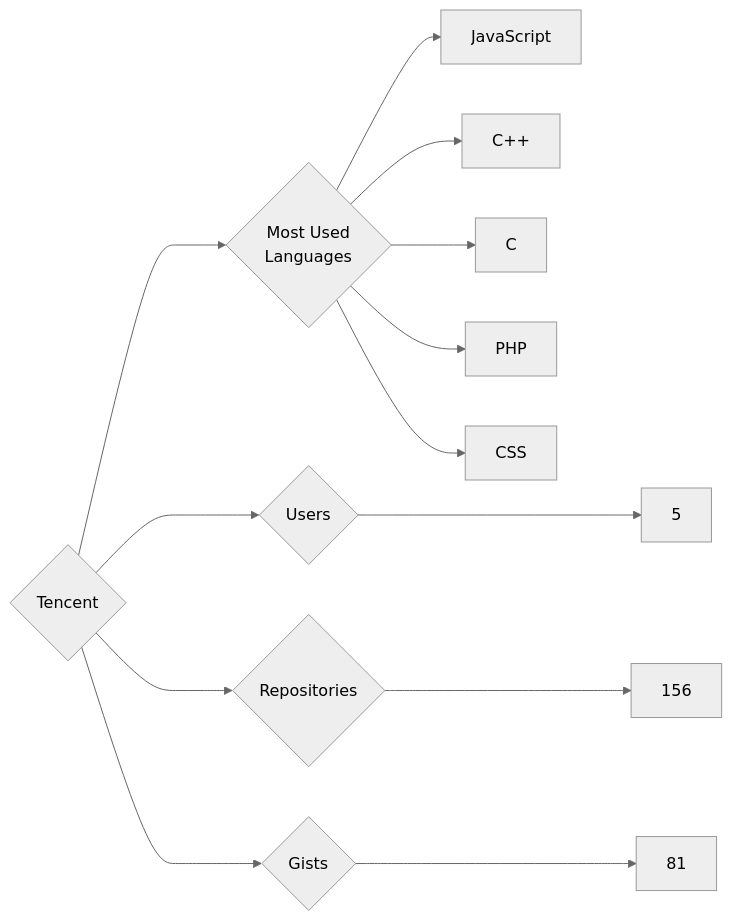
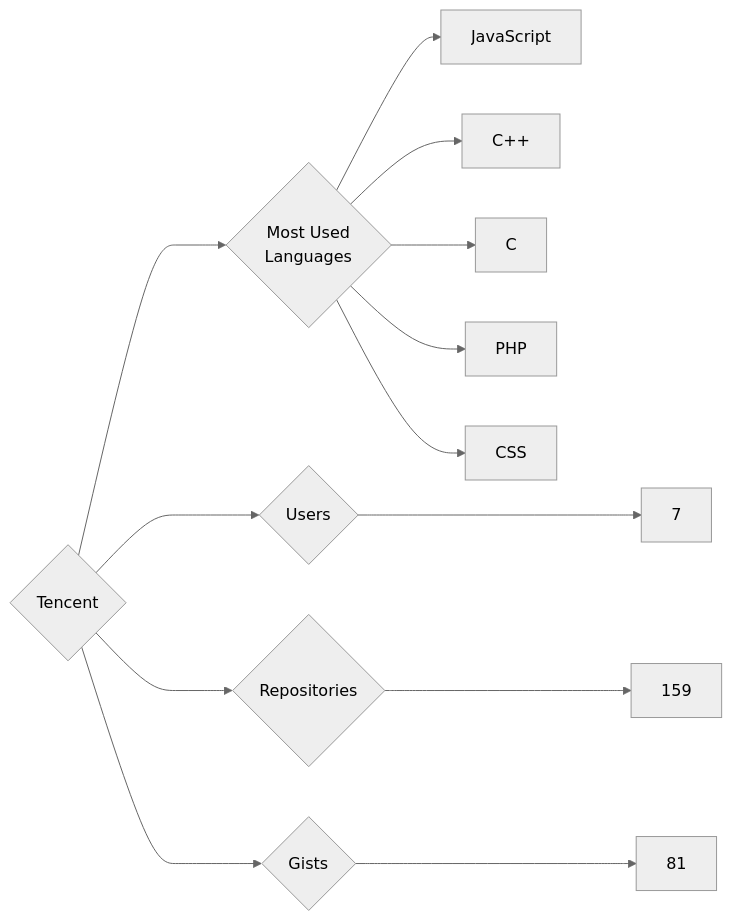
The diagram in targets/Tencent/README.md (trickest/insiders), drawn with Mermaid (neutral theme) before and after one commit. The commit also changed 806 other files, not shown here.

````diff
--- a/targets/Tencent/README.md
+++ b/targets/Tencent/README.md
@@ -3,13 +3,13 @@
 ```mermaid
 graph LR
 COMPANY_NAME{Tencent}
-COMPANY_NAME ---> U{Users} ---> UN[5]
-COMPANY_NAME ---> R{Repositories} ---> RN[156]
+COMPANY_NAME ---> U{Users} ---> UN[7]
+COMPANY_NAME ---> R{Repositories} ---> RN[159]
 COMPANY_NAME ---> G{Gists} ---> GN[81]
 COMPANY_NAME ---> ML{Most Used<br>Languages}
 ML --> JavaScript[JavaScript]
 ML --> C++[C++]
 ML --> C[C]
 ML --> PHP[PHP]
 ML --> CSS[CSS]
 ```
````
